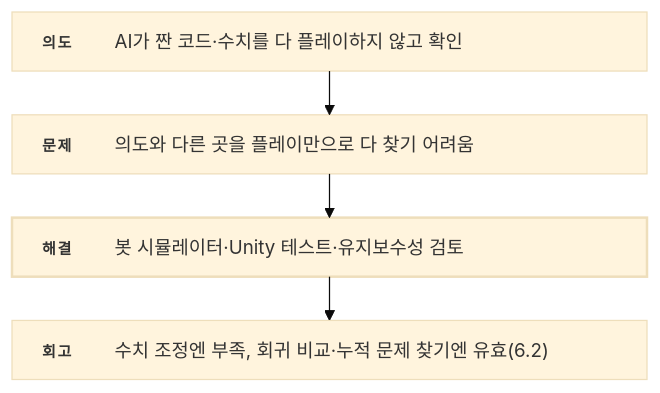
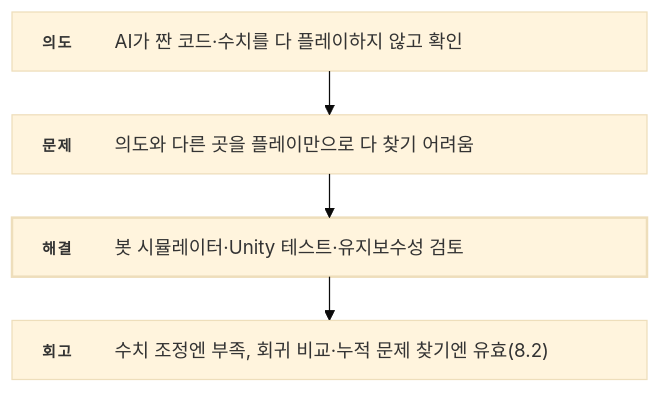
One commit to ashadeveloperr/ashadeveloperr.github.io changed diagram 11 of 11 in src/3-desert-settlement/기술문서.md. Above: the diagram before and after it, drawn with Mermaid (base theme). The commit also changed other lines of this file and 8 other files, not shown here.

````diff
--- a/src/3-desert-settlement/기술문서.md
+++ b/src/3-desert-settlement/기술문서.md
@@ -615,18 +662,18 @@
 ```mermaid
 ---
 config:
   layout: elk
   flowchart:
     wrappingWidth: 520
     padding: 12
 ---
 flowchart TB
   %% feature-flow — _local/flow-diagrams.py가 만듦
   I["<div style='width:460px;display:flex;gap:14px;align-items:baseline;text-align:left;white-space:normal'><span style='flex:0 0 44px;padding-top:2px;font-size:12px;font-weight:700;letter-spacing:.12em;color:var(--accent-ink)'>의도</span><span style='flex:1;font-size:15px;line-height:1.55;color:var(--ink)'>AI가 짠 코드·수치를 다 플레이하지 않고 확인</span></div>"]
   P["<div style='width:460px;display:flex;gap:14px;align-items:baseline;text-align:left;white-space:normal'><span style='flex:0 0 44px;padding-top:2px;font-size:12px;font-weight:700;letter-spacing:.12em;color:var(--accent-ink)'>문제</span><span style='flex:1;font-size:15px;line-height:1.55;color:var(--ink)'>의도와 다른 곳을 플레이만으로 다 찾기 어려움</span></div>"]
   S["<div style='width:460px;display:flex;gap:14px;align-items:baseline;text-align:left;white-space:normal'><span style='flex:0 0 44px;padding-top:2px;font-size:12px;font-weight:700;letter-spacing:.12em;color:var(--accent-ink)'>해결</span><span style='flex:1;font-size:15px;line-height:1.55;color:var(--ink)'>봇 시뮬레이터·Unity 테스트·유지보수성 검토</span></div>"]
-  R["<div style='width:460px;display:flex;gap:14px;align-items:baseline;text-align:left;white-space:normal'><span style='flex:0 0 44px;padding-top:2px;font-size:12px;font-weight:700;letter-spacing:.12em;color:var(--accent-ink)'>회고</span><span style='flex:1;font-size:15px;line-height:1.55;color:var(--ink)'>수치 조정엔 부족, 회귀 비교·누적 문제 찾기엔 유효(6.2)</span></div>"]
+  R["<div style='width:460px;display:flex;gap:14px;align-items:baseline;text-align:left;white-space:normal'><span style='flex:0 0 44px;padding-top:2px;font-size:12px;font-weight:700;letter-spacing:.12em;color:var(--accent-ink)'>회고</span><span style='flex:1;font-size:15px;line-height:1.55;color:var(--ink)'>수치 조정엔 부족, 회귀 비교·누적 문제 찾기엔 유효(8.2)</span></div>"]
   I --> P --> S --> R
   classDef key stroke-width:2px
   class S key
 ```
````
